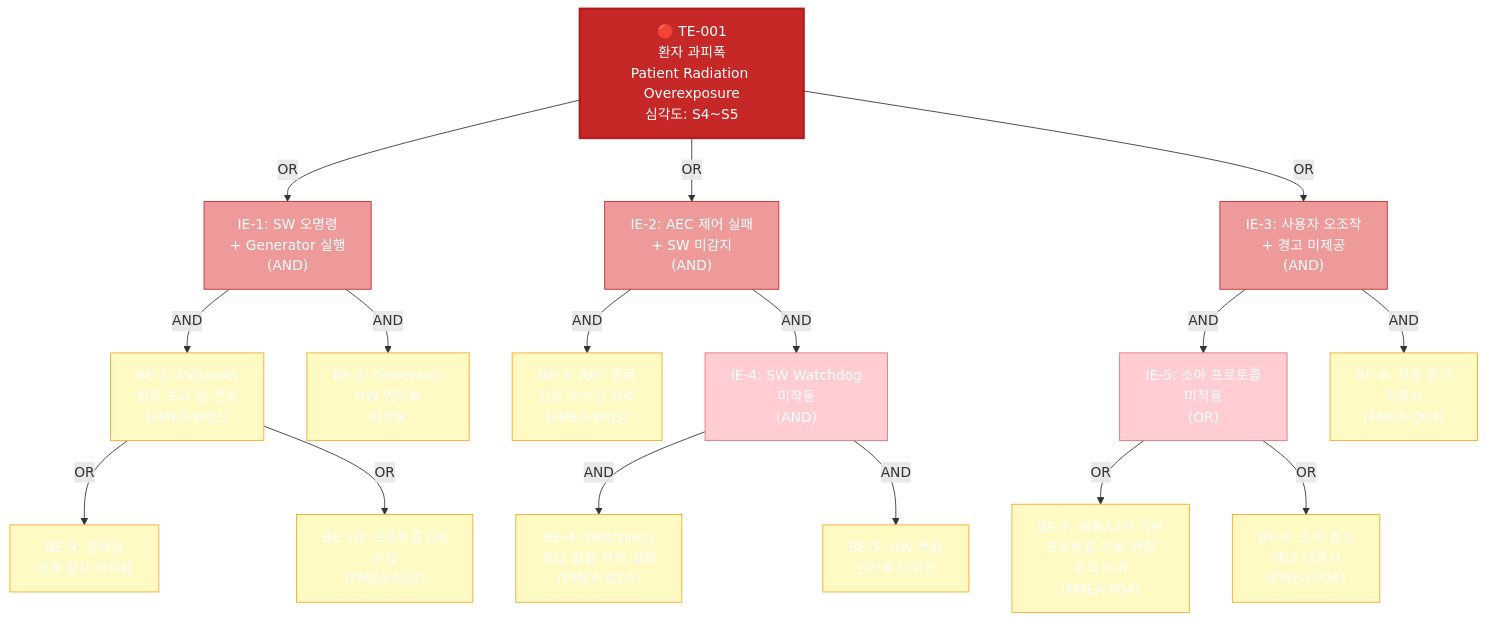
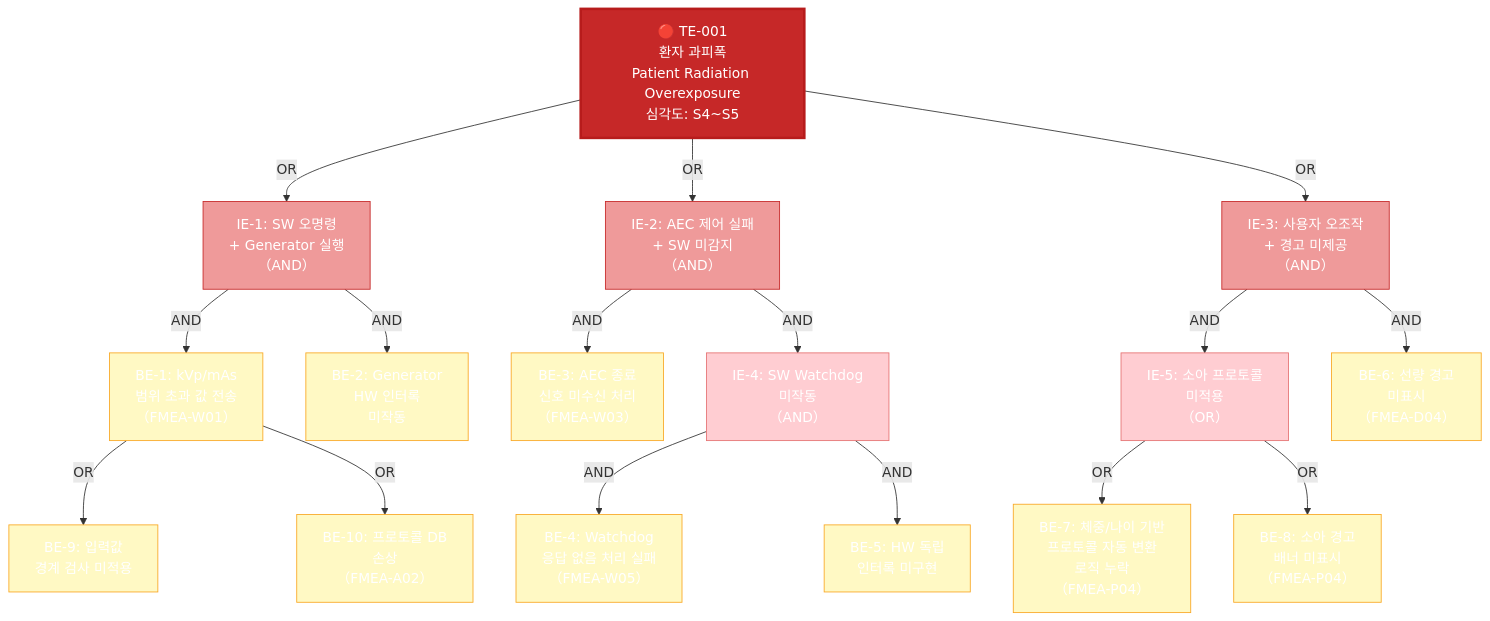
The third of 11 diagrams in docs/risk/DOC-009_FMEA_v1.0.md (holee9/console-gui), drawn with Mermaid before and after one commit. The commit also changed other lines of this file and 22 other files, not shown here.

First line of the commit message:
fix: Mermaid flowchart 노드 내 괄호 파싱 오류 전면 수정

````diff
--- a/docs/risk/DOC-009_FMEA_v1.0.md
+++ b/docs/risk/DOC-009_FMEA_v1.0.md
@@ -343,50 +343,50 @@
 ```mermaid
 graph TD
     classDef default fill:#444,stroke:#666,color:#fff
     TE1["🔴 TE-001\n환자 과피폭\nPatient Radiation Overexposure\n심각도: S4~S5"]
 
     TE1 -- OR --> IE1
     TE1 -- OR --> IE2
     TE1 -- OR --> IE3
 
-    IE1["IE-1: SW 오명령\n+ Generator 실행\n(AND)"]
-    IE2["IE-2: AEC 제어 실패\n+ SW 미감지\n(AND)"]
-    IE3["IE-3: 사용자 오조작\n+ 경고 미제공\n(AND)"]
+    IE1["IE-1: SW 오명령\n+ Generator 실행\n（AND）"]
+    IE2["IE-2: AEC 제어 실패\n+ SW 미감지\n（AND）"]
+    IE3["IE-3: 사용자 오조작\n+ 경고 미제공\n（AND）"]
 
-    IE1 -- AND --> BE1["BE-1: kVp/mAs\n범위 초과 값 전송\n(FMEA-W01)"]
+    IE1 -- AND --> BE1["BE-1: kVp/mAs\n범위 초과 값 전송\n（FMEA-W01）"]
     IE1 -- AND --> BE2["BE-2: Generator\nHW 인터록\n미작동"]
 
-    IE2 -- AND --> BE3["BE-3: AEC 종료\n신호 미수신 처리\n(FMEA-W03)"]
+    IE2 -- AND --> BE3["BE-3: AEC 종료\n신호 미수신 처리\n（FMEA-W03）"]
     IE2 -- AND --> IE4
 
-    IE4["IE-4: SW Watchdog\n미작동\n(AND)"]
-    IE4 -- AND --> BE4["BE-4: Watchdog\n응답 없음 처리 실패\n(FMEA-W05)"]
+    IE4["IE-4: SW Watchdog\n미작동\n（AND）"]
+    IE4 -- AND --> BE4["BE-4: Watchdog\n응답 없음 처리 실패\n（FMEA-W05）"]
     IE4 -- AND --> BE5["BE-5: HW 독립\n인터록 미구현"]
 
     IE3 -- AND --> IE5
-    IE3 -- AND --> BE6["BE-6: 선량 경고\n미표시\n(FMEA-D04)"]
+    IE3 -- AND --> BE6["BE-6: 선량 경고\n미표시\n（FMEA-D04）"]
 
-    IE5["IE-5: 소아 프로토콜\n미적용\n(OR)"]
-    IE5 -- OR --> BE7["BE-7: 체중/나이 기반\n프로토콜 자동 변환\n로직 누락\n(FMEA-P04)"]
-    IE5 -- OR --> BE8["BE-8: 소아 경고\n배너 미표시\n(FMEA-P04)"]
+    IE5["IE-5: 소아 프로토콜\n미적용\n（OR）"]
+    IE5 -- OR --> BE7["BE-7: 체중/나이 기반\n프로토콜 자동 변환\n로직 누락\n（FMEA-P04）"]
+    IE5 -- OR --> BE8["BE-8: 소아 경고\n배너 미표시\n（FMEA-P04）"]
 
     BE1 -- OR --> BE9["BE-9: 입력값\n경계 검사 미적용"]
-    BE1 -- OR --> BE10["BE-10: 프로토콜 DB\n손상\n(FMEA-A02)"]
+    BE1 -- OR --> BE10["BE-10: 프로토콜 DB\n손상\n（FMEA-A02）"]
 
     style TE1 fill:#c62828,color:#ffffff,stroke:#b71c1c,stroke-width:3px
     style IE1 fill:#ef9a9a,stroke:#c62828
     style IE2 fill:#ef9a9a,stroke:#c62828
     style IE3 fill:#ef9a9a,stroke:#c62828
     style IE4 fill:#ffcdd2,stroke:#e57373
     style IE5 fill:#ffcdd2,stroke:#e57373
     style BE1 fill:#fff9c4,stroke:#f9a825
     style BE2 fill:#fff9c4,stroke:#f9a825
     style BE3 fill:#fff9c4,stroke:#f9a825
     style BE4 fill:#fff9c4,stroke:#f9a825
     style BE5 fill:#fff9c4,stroke:#f9a825
     style BE6 fill:#fff9c4,stroke:#f9a825
     style BE7 fill:#fff9c4,stroke:#f9a825
     style BE8 fill:#fff9c4,stroke:#f9a825
     style BE9 fill:#fff9c4,stroke:#f9a825
     style BE10 fill:#fff9c4,stroke:#f9a825
 ```
````
